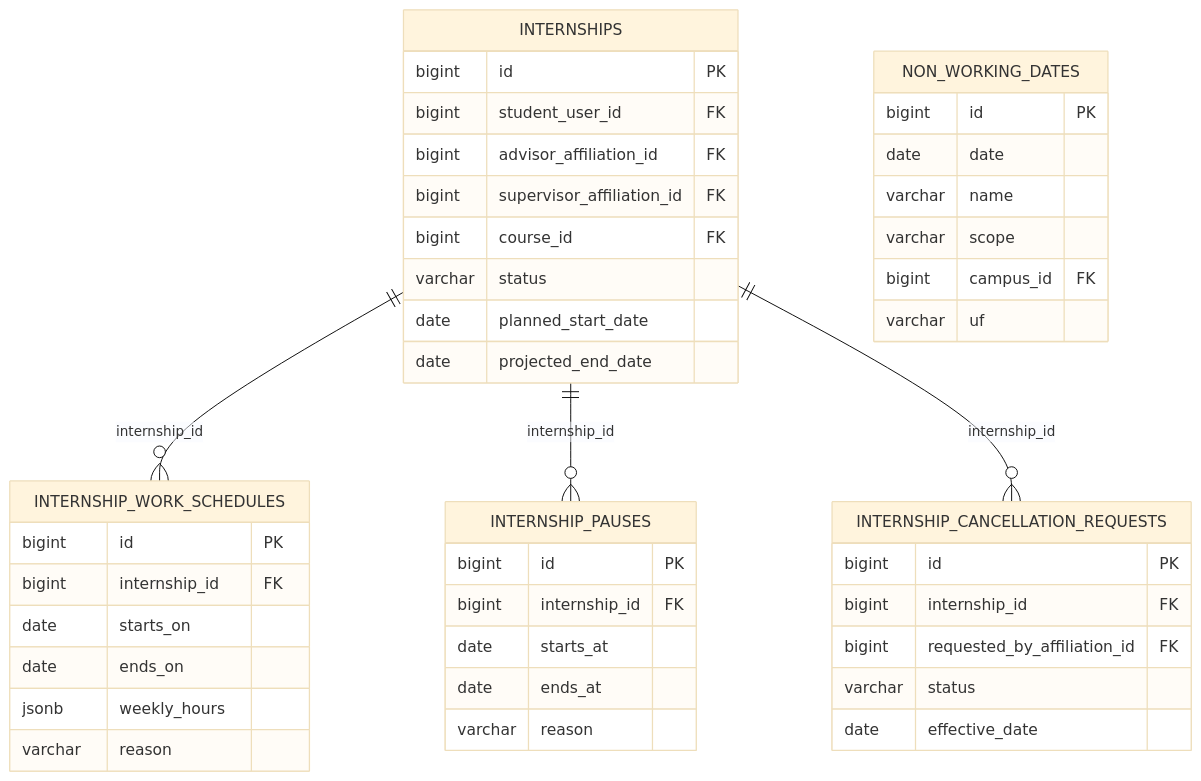
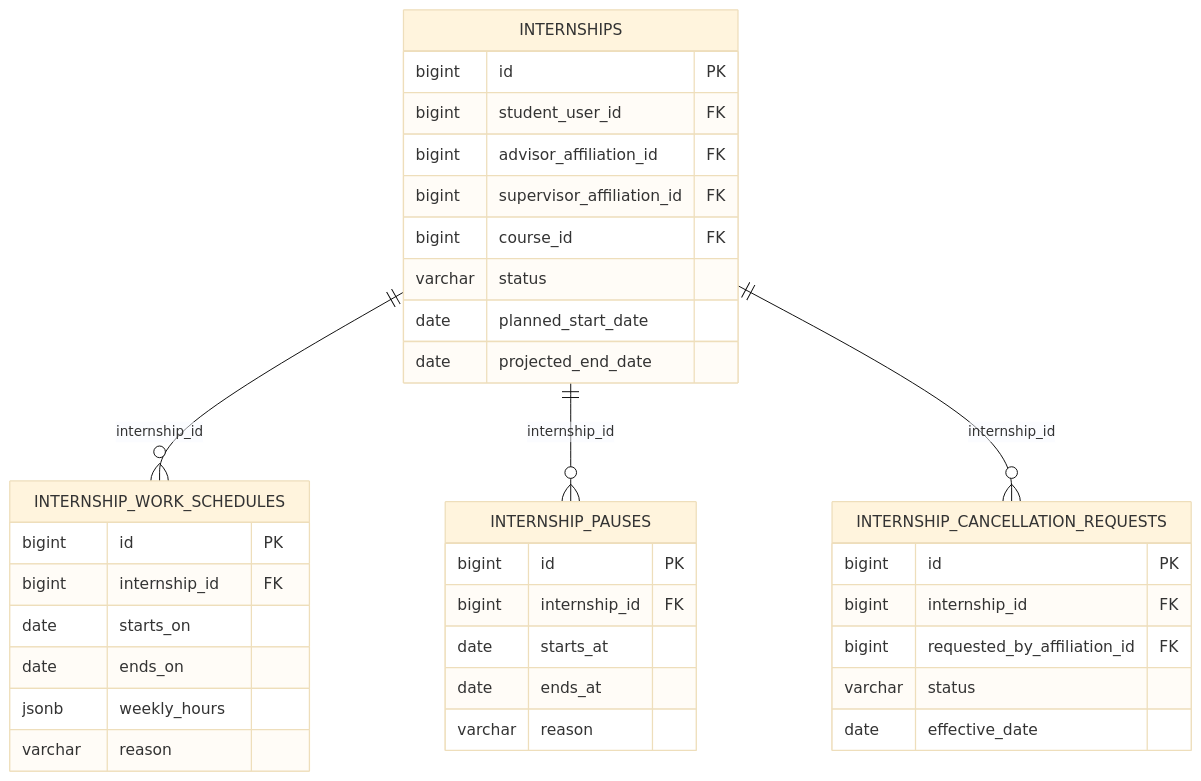
The diagram in docs/diagrams/sources/modelo-nucleo-execucao.mmd (sge-suite/docs), drawn with Mermaid (base theme) before and after one commit. The commit also changed 18 other files, not shown here.

```diff
--- a/docs/diagrams/sources/modelo-nucleo-execucao.mmd
+++ b/docs/diagrams/sources/modelo-nucleo-execucao.mmd
@@ -1,45 +1,37 @@
 erDiagram
     INTERNSHIPS ||--o{ INTERNSHIP_WORK_SCHEDULES : internship_id
     INTERNSHIPS ||--o{ INTERNSHIP_PAUSES : internship_id
     INTERNSHIPS ||--o{ INTERNSHIP_CANCELLATION_REQUESTS : internship_id
 
     INTERNSHIPS {
         bigint id PK
         bigint student_user_id FK
         bigint advisor_affiliation_id FK
         bigint supervisor_affiliation_id FK
         bigint course_id FK
         varchar status
         date planned_start_date
         date projected_end_date
     }
     INTERNSHIP_WORK_SCHEDULES {
         bigint id PK
         bigint internship_id FK
         date starts_on
         date ends_on
         jsonb weekly_hours
         varchar reason
     }
     INTERNSHIP_PAUSES {
         bigint id PK
         bigint internship_id FK
         date starts_at
         date ends_at
         varchar reason
     }
-    NON_WORKING_DATES {
-        bigint id PK
-        date date
-        varchar name
-        varchar scope
-        bigint campus_id FK
-        varchar uf
-    }
     INTERNSHIP_CANCELLATION_REQUESTS {
         bigint id PK
         bigint internship_id FK
         bigint requested_by_affiliation_id FK
         varchar status
         date effective_date
     }
```
